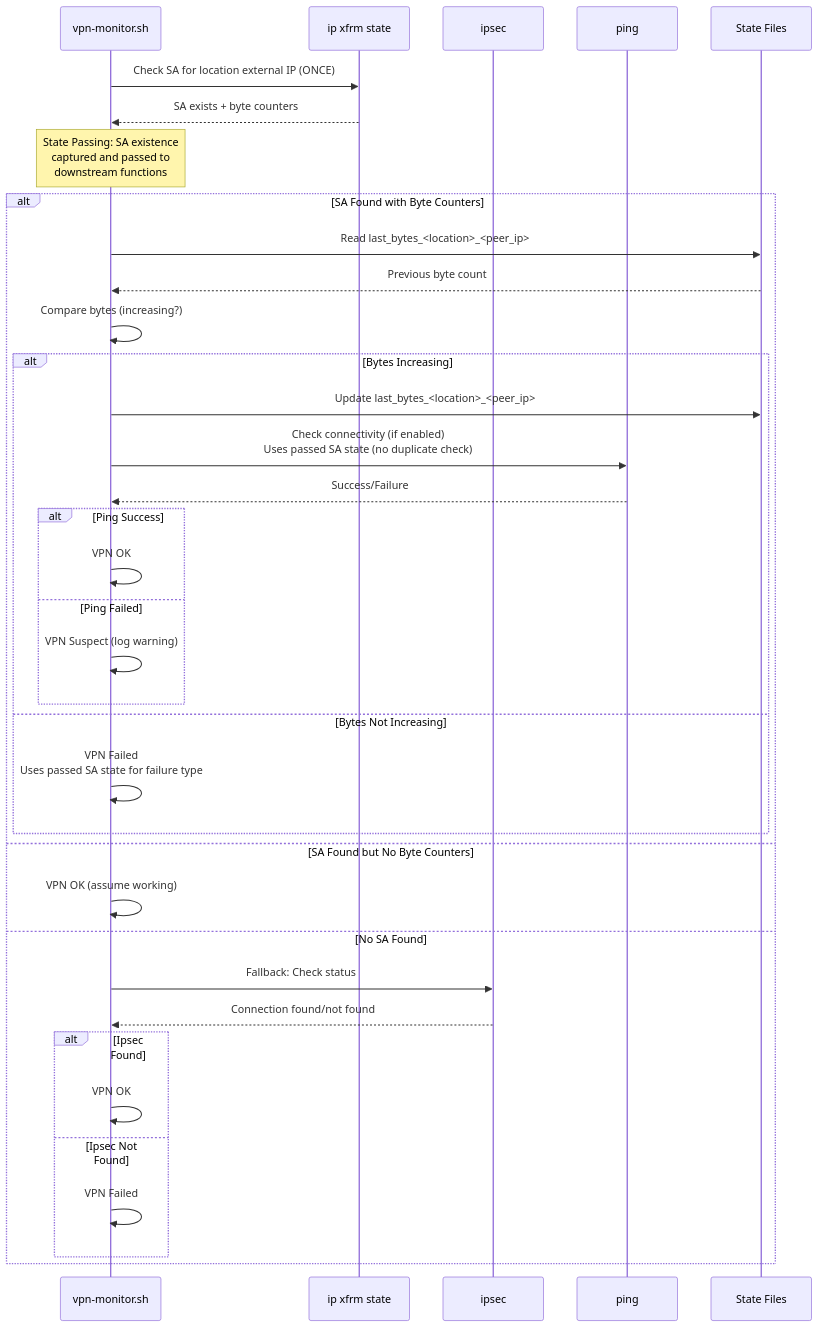
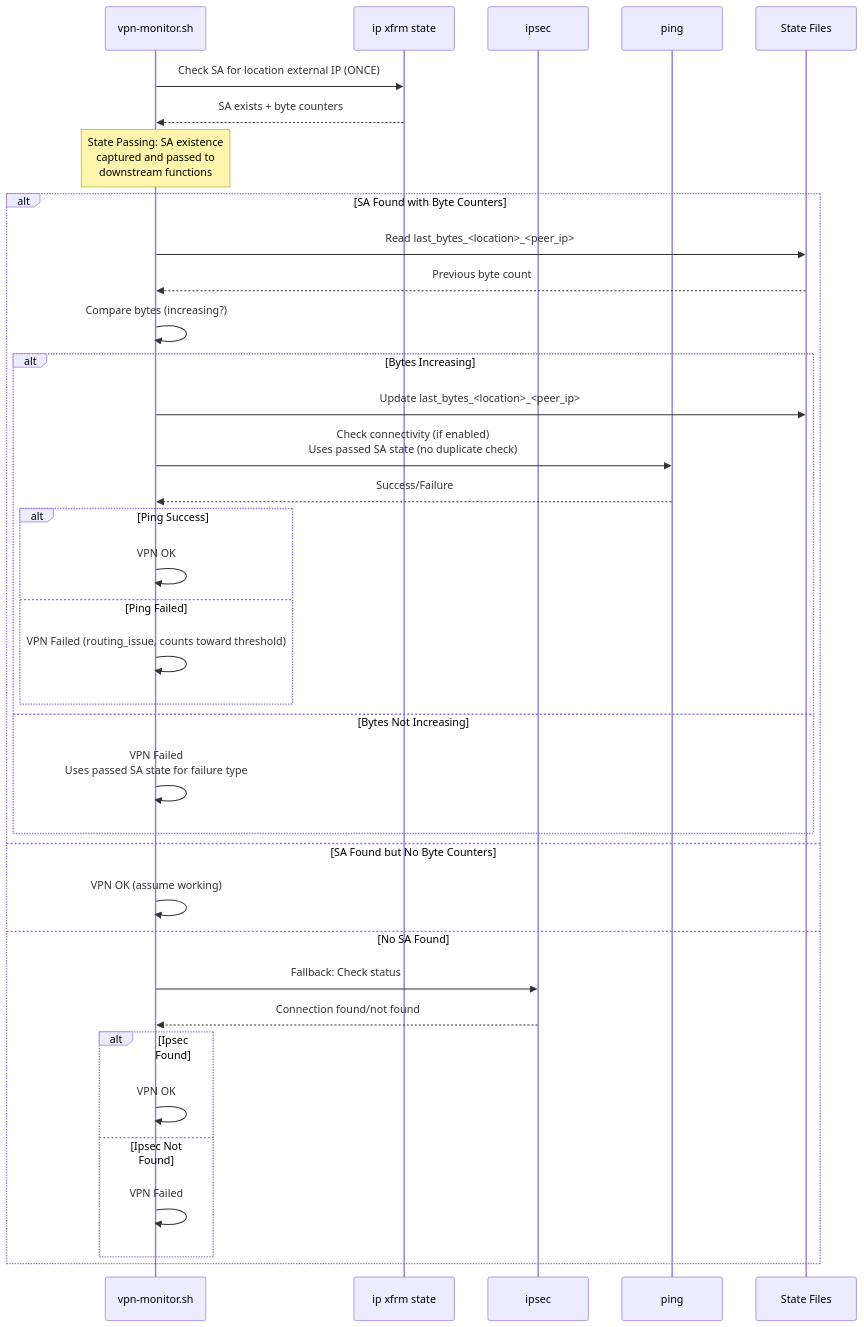
The third of 7 diagrams in docs/reference/ARCHITECTURE.md (Eccentric-Quality-Solutions/udm-vpn-monitor), drawn with Mermaid before and after one commit. The commit also changed other lines of this file and 93 other files, not shown here.

First line of the commit message:
Release 0.8.0: ping counts toward recovery, multi-UDM deploy, install improvements

````diff
--- a/docs/reference/ARCHITECTURE.md
+++ b/docs/reference/ARCHITECTURE.md
@@ -401,41 +403,41 @@
 ```mermaid
 sequenceDiagram
     participant Script as vpn-monitor.sh
     participant Xfrm as ip xfrm state
     participant Ipsec as ipsec
     participant Ping as ping
     participant State as State Files
 
     Script->>Xfrm: Check SA for location external IP (ONCE)
     Xfrm-->>Script: SA exists + byte counters
     Note over Script: State Passing: SA existence<br/>captured and passed to<br/>downstream functions
 
     alt SA Found with Byte Counters
         Script->>State: Read last_bytes_<location>_<peer_ip>
         State-->>Script: Previous byte count
         Script->>Script: Compare bytes (increasing?)
 
         alt Bytes Increasing
             Script->>State: Update last_bytes_<location>_<peer_ip>
             Script->>Ping: Check connectivity (if enabled)<br/>Uses passed SA state (no duplicate check)
             Ping-->>Script: Success/Failure
             alt Ping Success
                 Script->>Script: VPN OK
             else Ping Failed
-                Script->>Script: VPN Suspect (log warning)
+                Script->>Script: VPN Failed (routing_issue, counts toward threshold)
             end
         else Bytes Not Increasing
             Script->>Script: VPN Failed<br/>Uses passed SA state for failure type
         end
     else SA Found but No Byte Counters
         Script->>Script: VPN OK (assume working)
     else No SA Found
         Script->>Ipsec: Fallback: Check status
         Ipsec-->>Script: Connection found/not found
         alt Ipsec Found
             Script->>Script: VPN OK
         else Ipsec Not Found
             Script->>Script: VPN Failed
         end
     end
 ```
````
